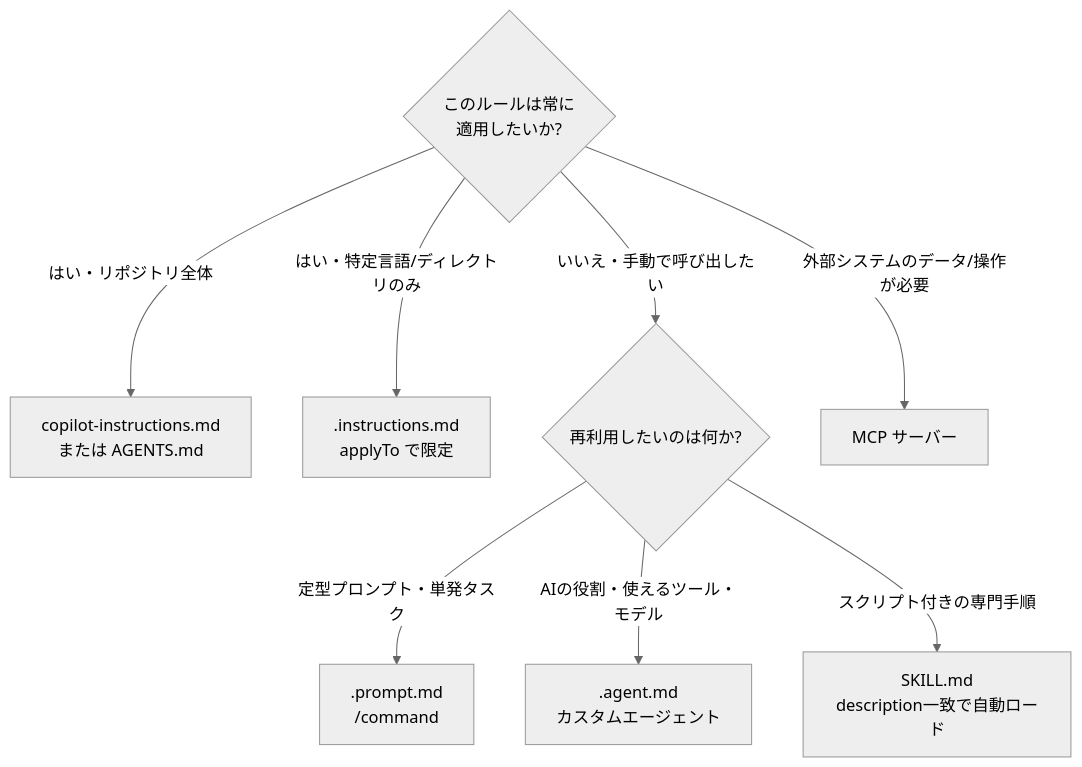
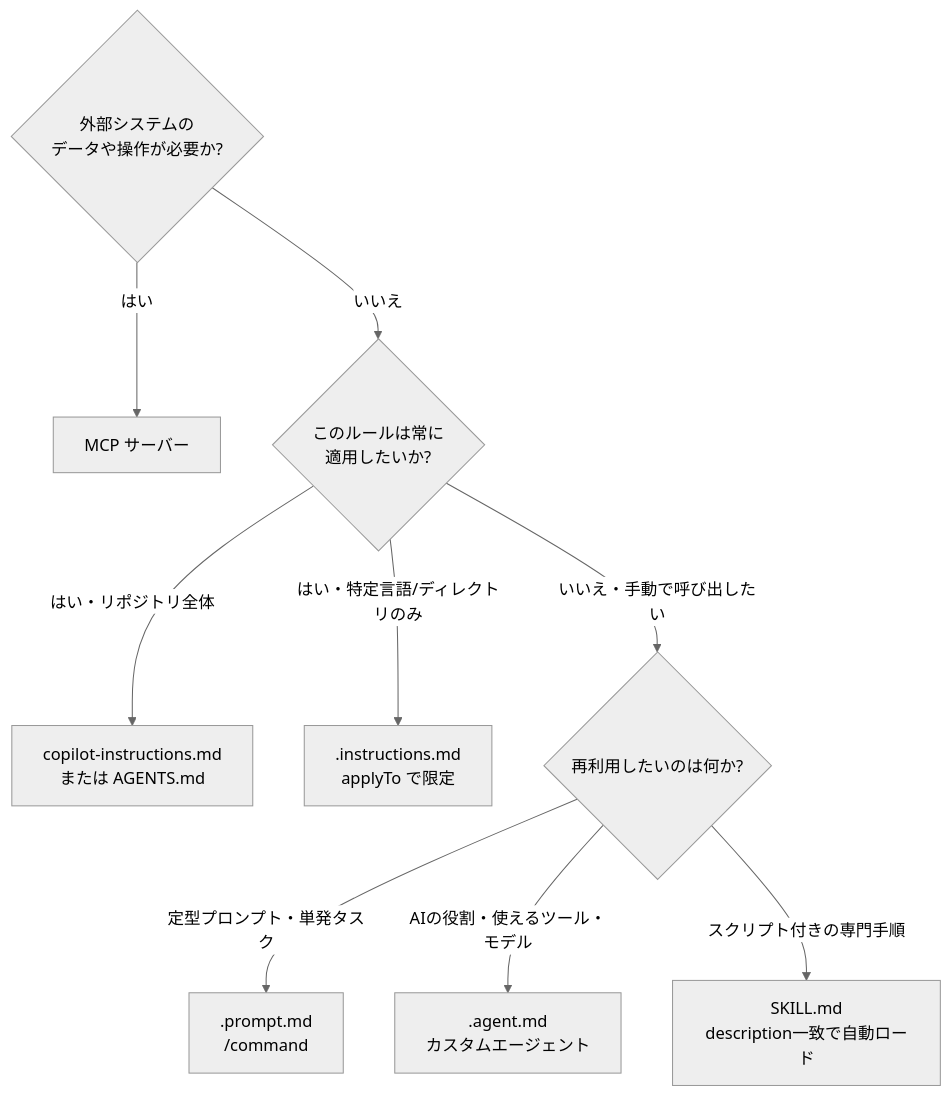
The second of 8 diagrams in archive/md/MicroSoft/Copilot-spec-driven-development-best-practices.md (myoshi2891/Comparison-of-LLMs), drawn with Mermaid (neutral theme) before and after one commit. The commit also changed other lines of this file and 4 other files, not shown here.

````diff
--- a/archive/md/MicroSoft/Copilot-spec-driven-development-best-practices.md
+++ b/archive/md/MicroSoft/Copilot-spec-driven-development-best-practices.md
@@ -65,11 +65,12 @@
 ```mermaid
 flowchart TD
-    Q1{"このルールは常に<br/>適用したいか?"}
+    Q0{"外部システムの<br/>データや操作が必要か?"}
+    Q0 -->|"はい"| R6["MCP サーバー"]
+    Q0 -->|"いいえ"| Q1{"このルールは常に<br/>適用したいか?"}
     Q1 -->|"はい・リポジトリ全体"| R1["copilot-instructions.md<br/>または AGENTS.md"]
     Q1 -->|"はい・特定言語/ディレクトリのみ"| R2[".instructions.md<br/>applyTo で限定"]
     Q1 -->|"いいえ・手動で呼び出したい"| Q2{"再利用したいのは何か?"}
     Q2 -->|"定型プロンプト・単発タスク"| R3[".prompt.md<br/>/command"]
     Q2 -->|"AIの役割・使えるツール・モデル"| R4[".agent.md<br/>カスタムエージェント"]
     Q2 -->|"スクリプト付きの専門手順"| R5["SKILL.md<br/>description一致で自動ロード"]
-    Q1 -->|"外部システムのデータ/操作が必要"| R6["MCP サーバー"]
 ```
````
